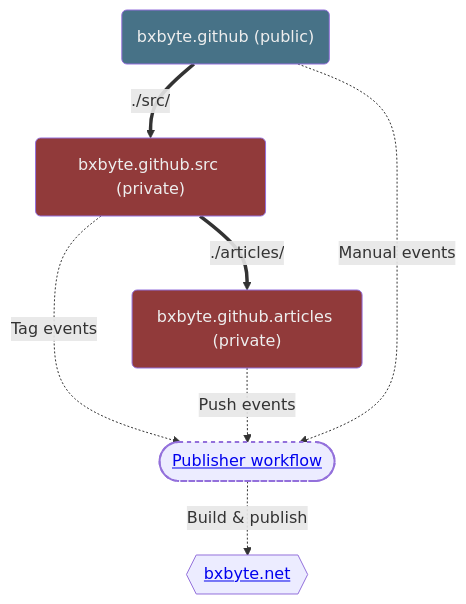
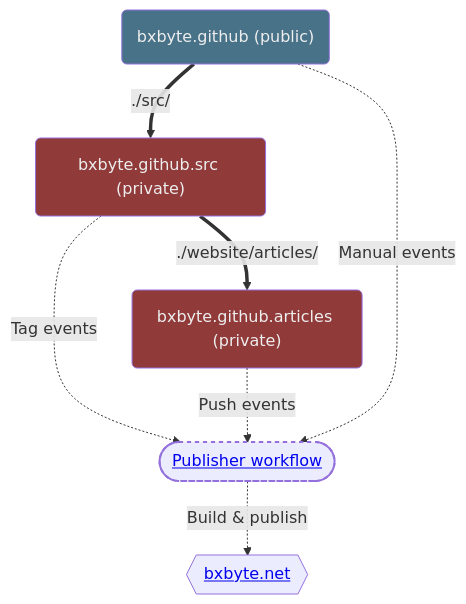
The diagram in README.md (bxbyte/bxbyte.github.io), drawn with Mermaid before and after one commit.

Commit message:
Fixed link description

````diff
--- a/README.md
+++ b/README.md
@@ -5,24 +5,24 @@
 ```mermaid
 graph
     classDef publicRepo fill:#477287,color:#eee;
     classDef privateRepo fill:#913a3a,color:#eee;
 
     public("bxbyte.github (public)"):::publicRepo
     src("bxbyte.github.src (private)"):::privateRepo
     articles("bxbyte.github.articles (private)"):::privateRepo
 
     worflow([<a href="https://github.com/bxbyte/bxbyte.github.io/blob/main/.github/workflows/publish.yml">Publisher workflow</a>])
 
     website{{<a href="https://bxbyte.net"> bxbyte.net</a>}}
     style worflow stroke-dasharray: 4,stroke-width:2
 
     public  == ./src/ ==> src
-    src  == ./articles/ ==> articles
+    src  == ./website/articles/ ==> articles
 
     src  -. Tag events .-> worflow
     articles -. Push events .-> worflow
 
     public -. Manual events .-> worflow
 
     worflow -. Build & publish .-> website
 ```
````
